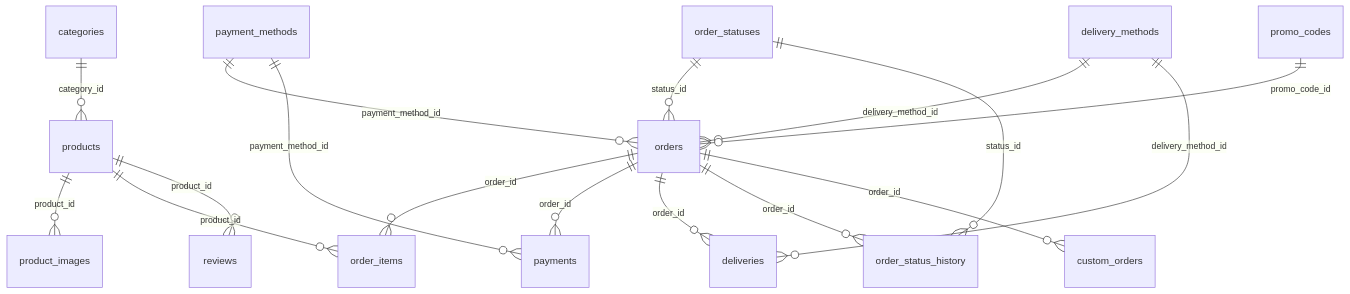
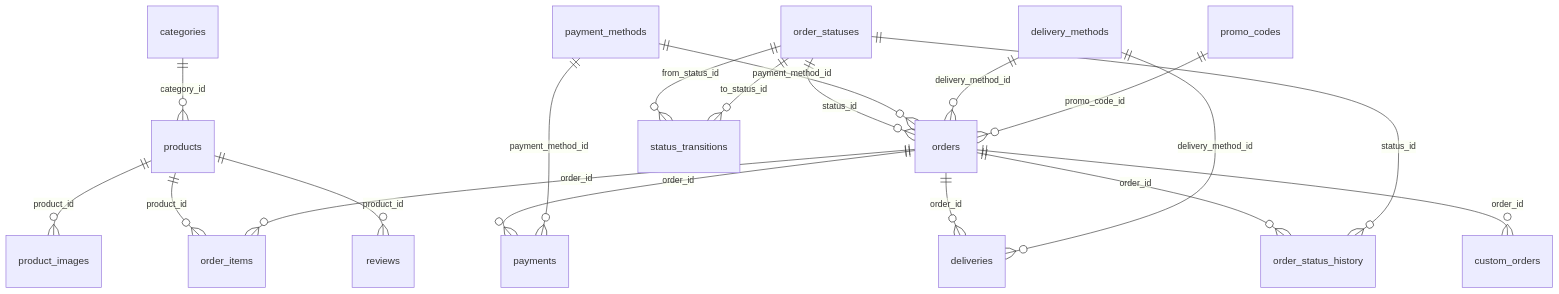
The diagram in docs/tehnicheskiy-pasport.md (paprekolyx/PaprekolyX), drawn with Mermaid before and after one commit. The commit also changed other lines of this file and 1 other file, not shown here.

````diff
--- a/docs/tehnicheskiy-pasport.md
+++ b/docs/tehnicheskiy-pasport.md
@@ -90,19 +90,21 @@
 ```mermaid
 erDiagram
     categories ||--o{ products : "category_id"
     products ||--o{ product_images : "product_id"
     products ||--o{ order_items : "product_id"
     products ||--o{ reviews : "product_id"
     orders ||--o{ order_items : "order_id"
     orders ||--o{ payments : "order_id"
     orders ||--o{ deliveries : "order_id"
     orders ||--o{ order_status_history : "order_id"
     orders ||--o{ custom_orders : "order_id"
     order_statuses ||--o{ orders : "status_id"
     order_statuses ||--o{ order_status_history : "status_id"
     payment_methods ||--o{ orders : "payment_method_id"
     payment_methods ||--o{ payments : "payment_method_id"
     delivery_methods ||--o{ orders : "delivery_method_id"
     delivery_methods ||--o{ deliveries : "delivery_method_id"
     promo_codes ||--o{ orders : "promo_code_id"
+    order_statuses ||--o{ status_transitions : "from_status_id"
+    order_statuses ||--o{ status_transitions : "to_status_id"
 ```
````
